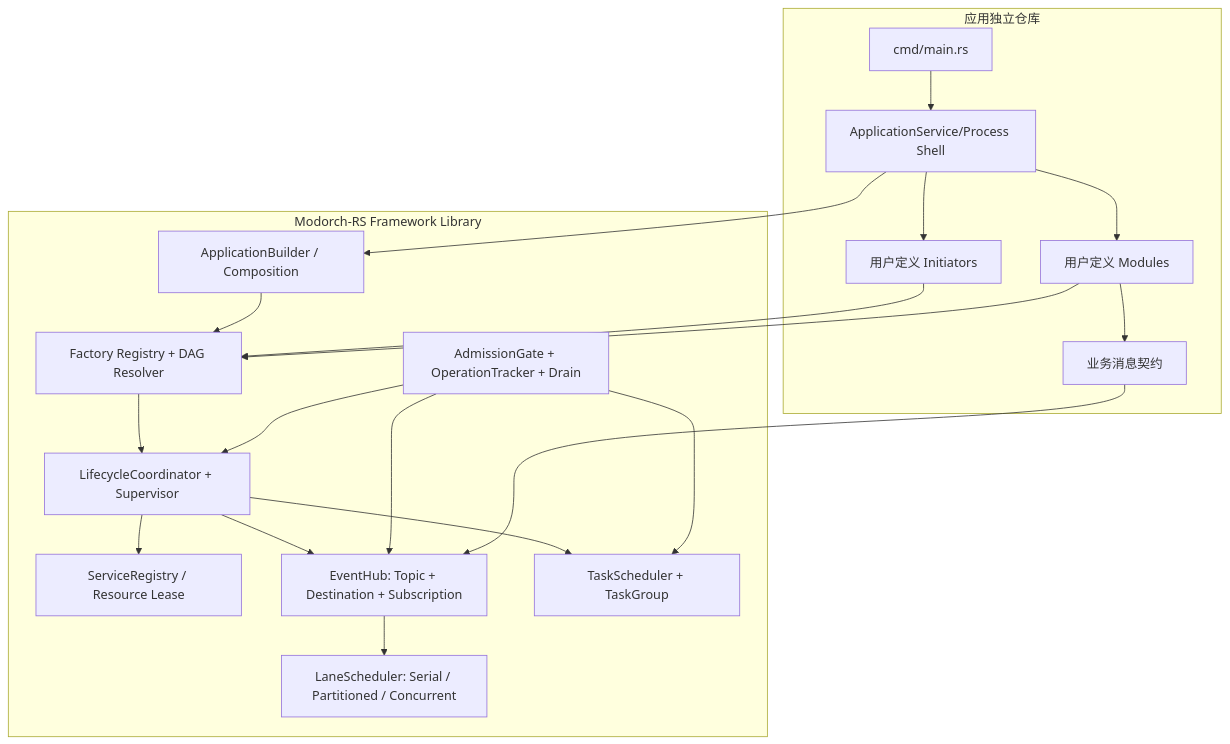
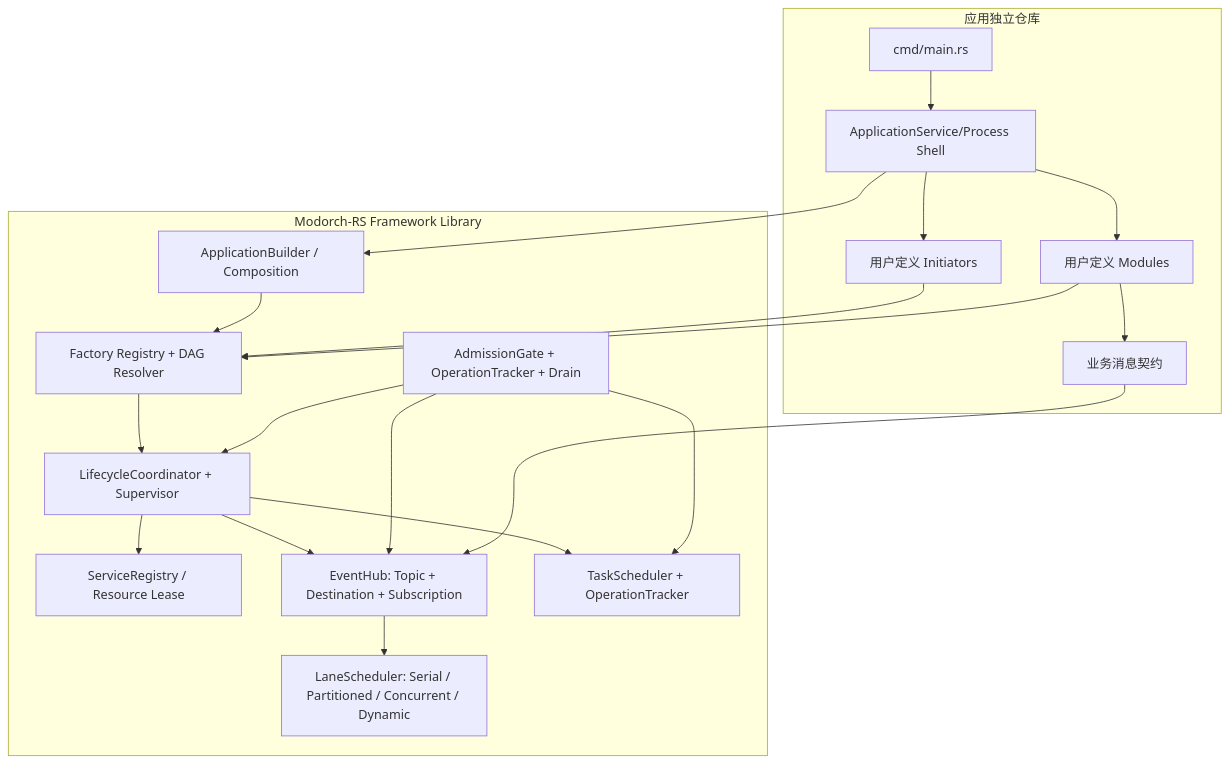
One commit to muidea/modorch-rs changed the first of 2 diagrams in docs/Modorch-RS-Framework-Design.md. Above: the diagram before and after it, drawn with Mermaid. The commit also changed other lines of this file and 489 other files, not shown here.

````diff
--- a/docs/Modorch-RS-Framework-Design.md
+++ b/docs/Modorch-RS-Framework-Design.md
@@ -63,37 +63,37 @@
 ```mermaid
 flowchart TB
   subgraph ApplicationRepo[应用独立仓库]
     CMD[cmd/main.rs]
     PROC[ApplicationService/Process Shell]
     USERI[用户定义 Initiators]
     USERM[用户定义 Modules]
     CONTRACT[业务消息契约]
     CMD --> PROC
     PROC --> USERI
     PROC --> USERM
     USERM --> CONTRACT
   end
   subgraph Framework[Modorch-RS Framework Library]
     BUILDER[ApplicationBuilder / Composition]
     REG[Factory Registry + DAG Resolver]
     LIFE[LifecycleCoordinator + Supervisor]
     SVC[ServiceRegistry / Resource Lease]
     BUS[EventHub: Topic + Destination + Subscription]
-    LANE[LaneScheduler: Serial / Partitioned / Concurrent]
-    TASK[TaskScheduler + TaskGroup]
+    LANE[LaneScheduler: Serial / Partitioned / Concurrent / Dynamic]
+    TASK[TaskScheduler + OperationTracker]
     STOP[AdmissionGate + OperationTracker + Drain]
     REG --> LIFE
     LIFE --> SVC
     LIFE --> BUS
     BUS --> LANE
     LIFE --> TASK
     STOP --> LIFE
     STOP --> BUS
     STOP --> TASK
   end
   PROC --> BUILDER
   USERI --> REG
   USERM --> REG
   BUILDER --> REG
   CONTRACT --> BUS
 ```
````
